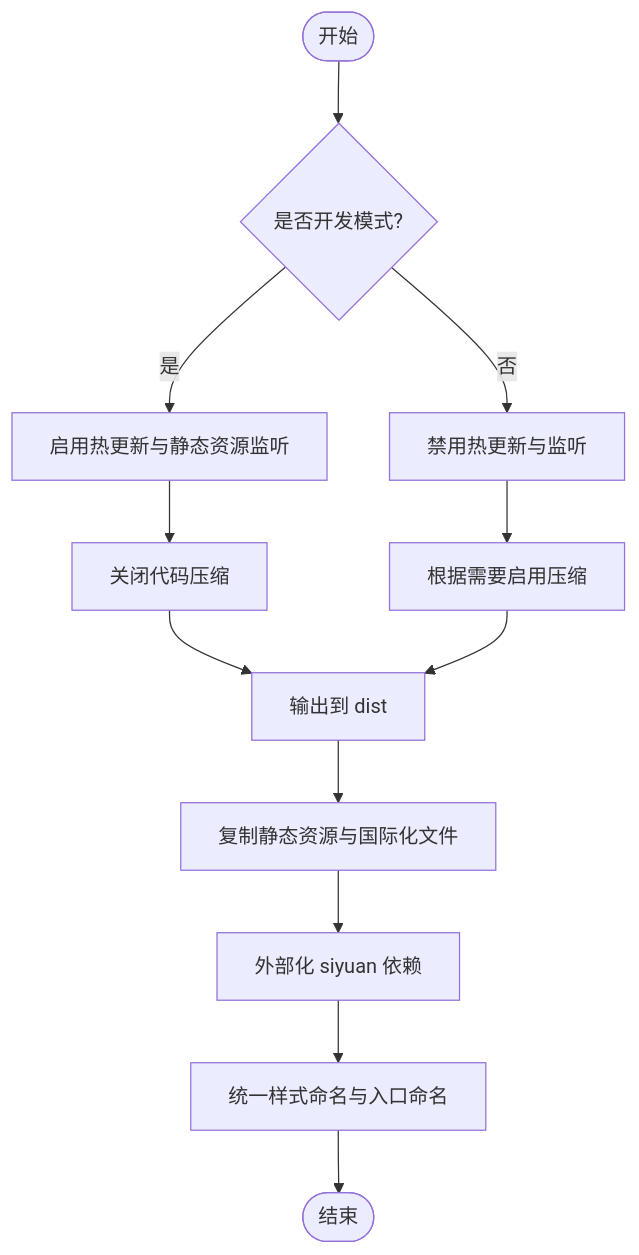
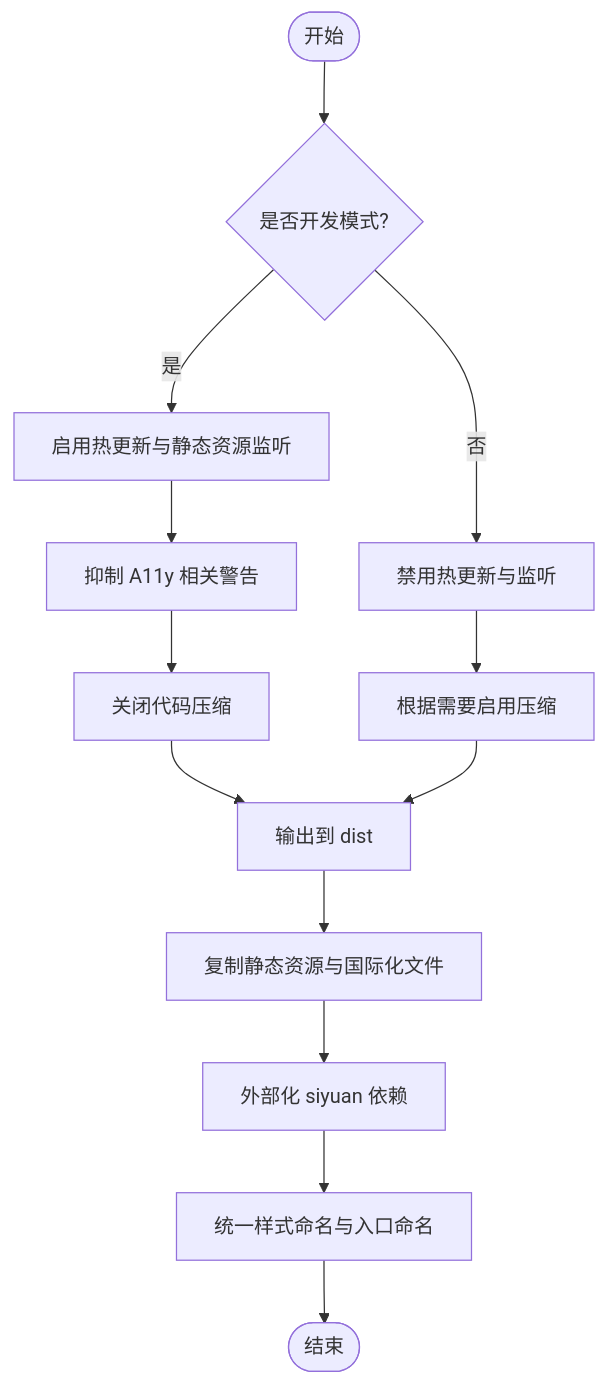
The third of 7 diagrams in .qoder/repowiki/zh/content/开发指南/构建与部署.md (terwerinc/siyuan-plugin-share-pro), drawn with Mermaid before and after one commit. The commit also changed other lines of this file and 10 other files, not shown here.

````diff
--- a/.qoder/repowiki/zh/content/开发指南/构建与部署.md
+++ b/.qoder/repowiki/zh/content/开发指南/构建与部署.md
@@ -146,14 +159,15 @@
 ```mermaid
 flowchart TD
 Start(["开始"]) --> Mode{"是否开发模式?"}
 Mode --> |是| Watch["启用热更新与静态资源监听"]
 Mode --> |否| NoWatch["禁用热更新与监听"]
-Watch --> MinifyOff["关闭代码压缩"]
+Watch --> A11y["抑制 A11y 相关警告"]
+A11y --> MinifyOff["关闭代码压缩"]
 NoWatch --> MinifyOn["根据需要启用压缩"]
 MinifyOff --> Out["输出到 dist"]
 MinifyOn --> Out
 Out --> Copy["复制静态资源与国际化文件"]
 Copy --> Ext["外部化 siyuan 依赖"]
 Ext --> Naming["统一样式命名与入口命名"]
 Naming --> End(["结束"])
 ```
````
